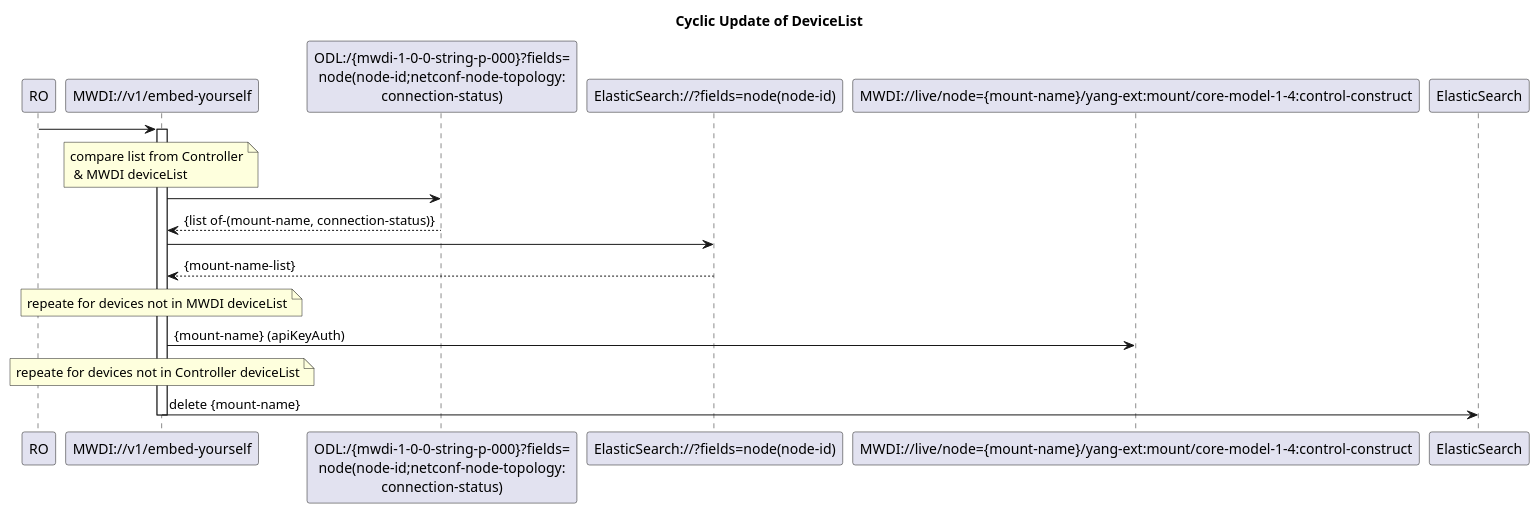
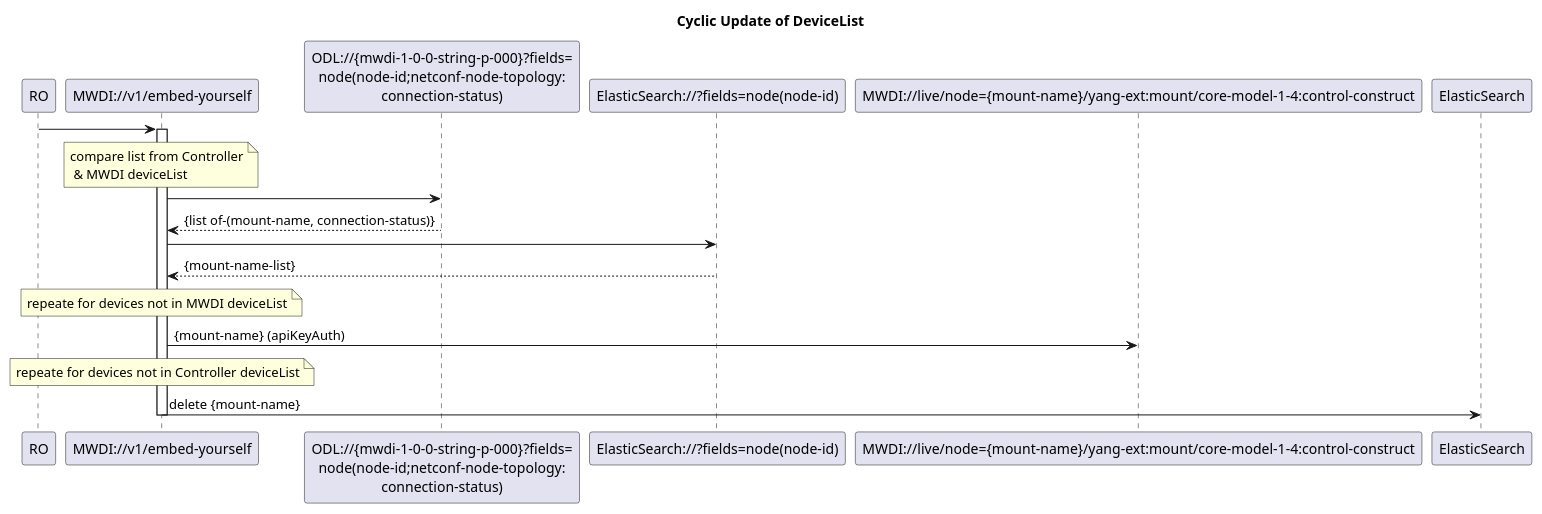
The diagram in spec/diagrams/000_CyclicOperationBasedDeviceListSync.plantuml (openBackhaul/MicroWaveDeviceInventory), drawn with PlantUML before and after one commit. The commit also changed 1 other file, not shown here.

```diff
--- a/spec/diagrams/000_CyclicOperationBasedDeviceListSync.plantuml
+++ b/spec/diagrams/000_CyclicOperationBasedDeviceListSync.plantuml
@@ -1,32 +1,32 @@
 @startuml 20x_CyclicOperationBasedDeviceListSync
 skinparam responseMessageBelowArrow true
 
 title  Cyclic Update of DeviceList
 
 participant "RO" as ro
 participant "MWDI://v1/embed-yourself" as mwdi
-participant "ODL:/{mwdi-1-0-0-string-p-000}?fields=\nnode(node-id;netconf-node-topology:\nconnection-status)" as odlConnectionStatus
+participant "ODL://{mwdi-1-0-0-string-p-000}?fields=\nnode(node-id;netconf-node-topology:\nconnection-status)" as odlConnectionStatus
 participant "ElasticSearch://?fields=node(node-id)" as ConnectedDeviceList
 participant "MWDI://live/node={mount-name}/yang-ext:mount/core-model-1-4:control-construct" as ControlConstruct
 participant "ElasticSearch" as es
 
 ro -> mwdi
 activate mwdi
 
 note over mwdi: compare list from Controller\n & MWDI deviceList
 'get deviceList from Controller
 mwdi -> odlConnectionStatus
 odlConnectionStatus --> mwdi: {list of-(mount-name, connection-status)}
 
 'get MWDI deviceList from ElasticSearch
 mwdi -> ConnectedDeviceList
 ConnectedDeviceList --> mwdi: {mount-name-list}
 
 note over mwdi: repeate for devices not in MWDI deviceList
 mwdi -> ControlConstruct: {mount-name} (apiKeyAuth)
 
 note over mwdi: repeate for devices not in Controller deviceList
 mwdi -> es: delete {mount-name}
 deactivate mwdi
 
 @enduml
```
